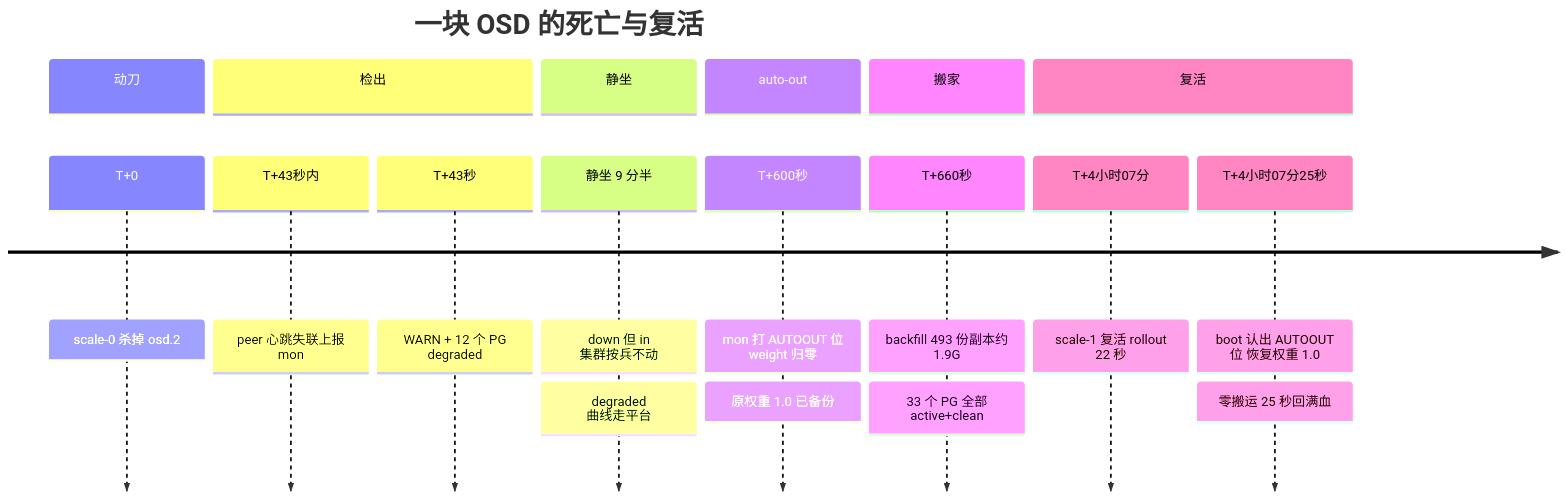
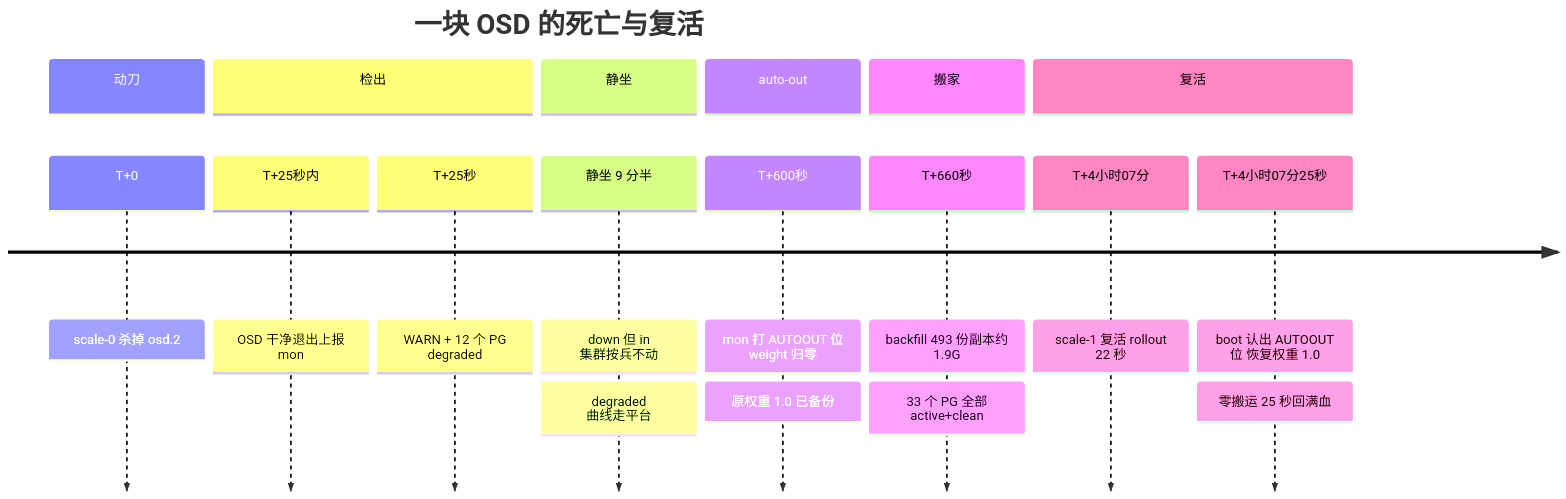
Before and after one commit to hfei929/1hair-labs: the second of 2 diagrams in docs/lab/ceph-osd-600s-sit-1min-move-0bytes-back.md, drawn with Mermaid. The commit also changed other lines of this file and 3 other files, not shown here.

````diff
--- a/docs/lab/ceph-osd-600s-sit-1min-move-0bytes-back.md
+++ b/docs/lab/ceph-osd-600s-sit-1min-move-0bytes-back.md
@@ -221,22 +257,22 @@
 ```mermaid
 timeline
     title 一块 OSD 的死亡与复活
     section 动刀
         T+0 : scale-0 杀掉 osd.2
     section 检出
-        T+43秒内 : peer 心跳失联上报 mon
-        T+43秒 : WARN + 12 个 PG degraded
+        T+25秒内 : OSD 干净退出上报 mon
+        T+25秒 : WARN + 12 个 PG degraded
     section 静坐
         静坐 9 分半 : down 但 in 集群按兵不动
         : degraded 曲线走平台
     section auto-out
         T+600秒 : mon 打 AUTOOUT 位 weight 归零
         : 原权重 1.0 已备份
     section 搬家
         T+660秒 : backfill 493 份副本约 1.9G
         : 33 个 PG 全部 active+clean
     section 复活
         T+4小时07分 : scale-1 复活 rollout 22 秒
         T+4小时07分25秒 : boot 认出 AUTOOUT 位 恢复权重 1.0
         : 零搬运 25 秒回满血
 ```
````
